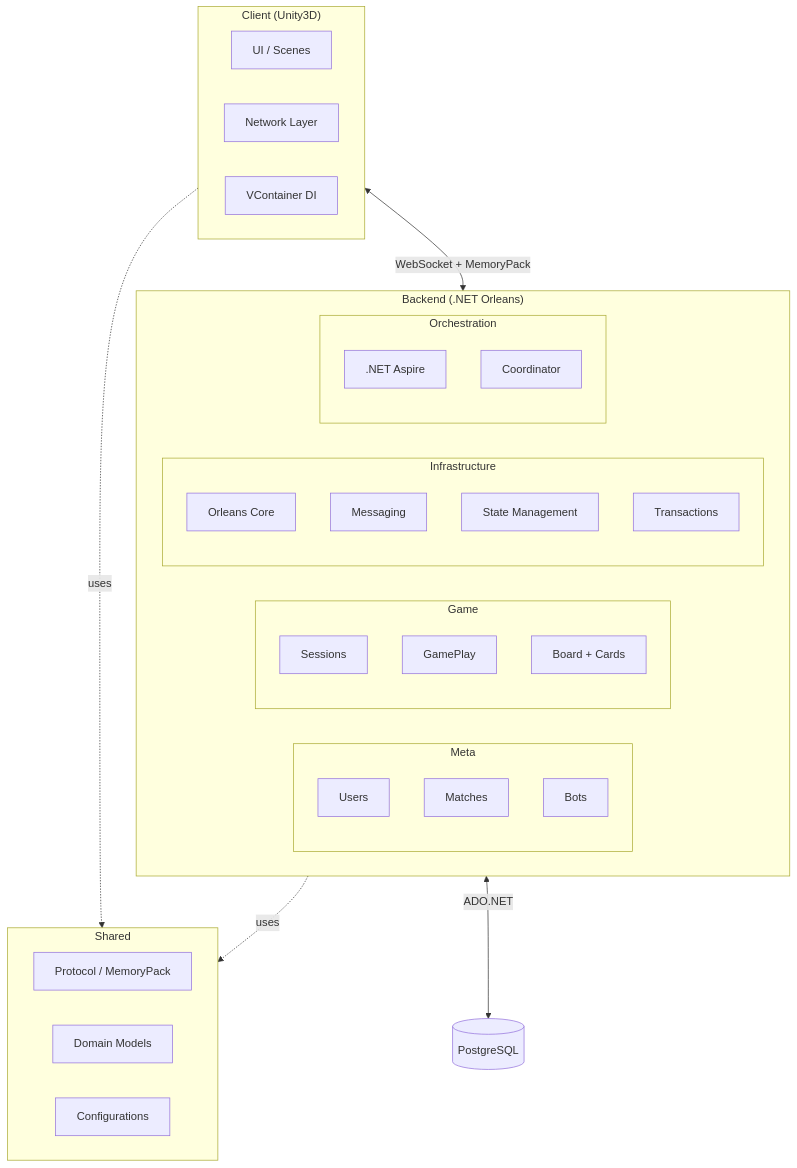
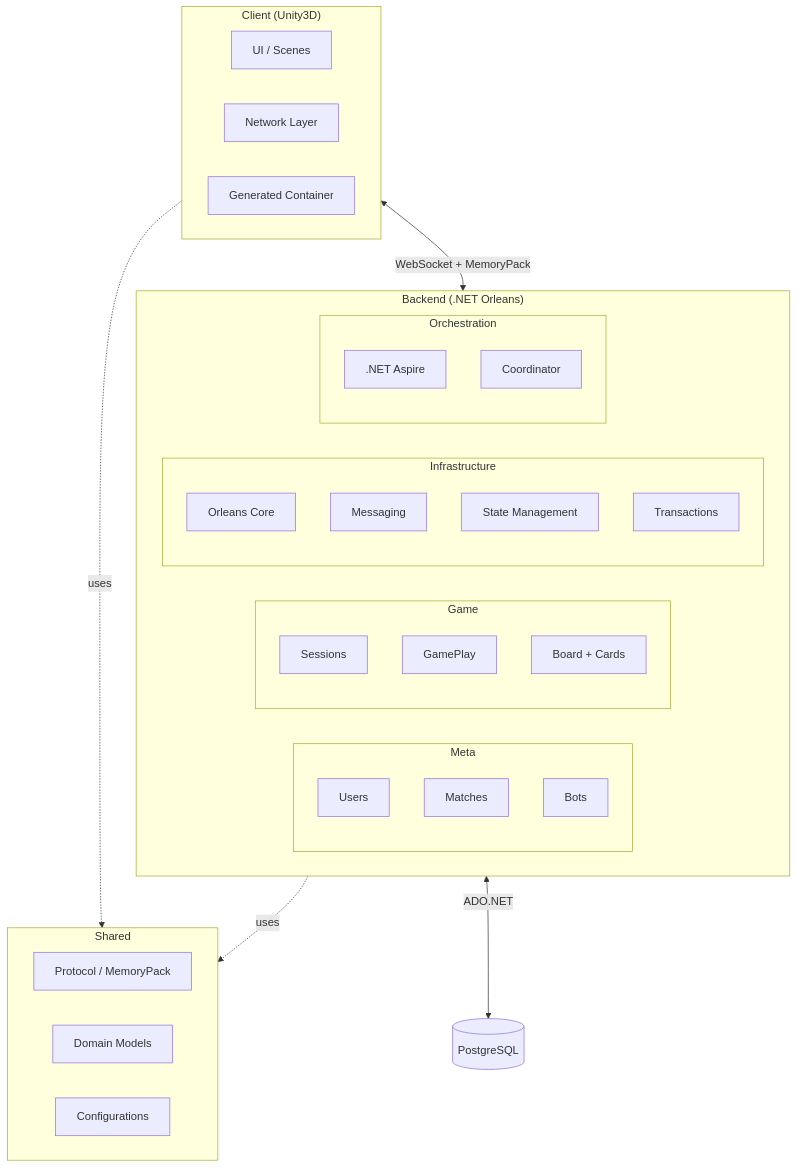
One commit to noncasted/mines-leader changed the first of 4 diagrams in docs/obsidian/architecture/overview.md. Above: the diagram before and after it, drawn with Mermaid. The commit also changed other lines of this file and 37 other files, not shown here.

````diff
--- a/docs/obsidian/architecture/overview.md
+++ b/docs/obsidian/architecture/overview.md
@@ -5,44 +5,44 @@
 ```mermaid
 graph TB
     subgraph Client["Client (Unity3D)"]
         UI[UI / Scenes]
         Net[Network Layer]
-        DI[VContainer DI]
+        DI[Generated Container]
     end
 
     subgraph Shared["Shared"]
         Proto[Protocol / MemoryPack]
         Models[Domain Models]
         Configs[Configurations]
     end
 
     subgraph Backend["Backend (.NET Orleans)"]
         subgraph Meta["Meta"]
             Users[Users]
             Matches[Matches]
             Bots[Bots]
         end
         subgraph Game["Game"]
             Sessions[Sessions]
             GamePlay[GamePlay]
             Board[Board + Cards]
         end
         subgraph Infra["Infrastructure"]
             Orleans[Orleans Core]
             Msg[Messaging]
             State[State Management]
             Tx[Transactions]
         end
         subgraph Orch["Orchestration"]
             Aspire[.NET Aspire]
             Coord[Coordinator]
         end
     end
 
     DB[(PostgreSQL)]
 
     Client <-->|WebSocket + MemoryPack| Backend
     Client -.->|uses| Shared
     Backend -.->|uses| Shared
     Backend <-->|ADO.NET| DB
 ```
````
